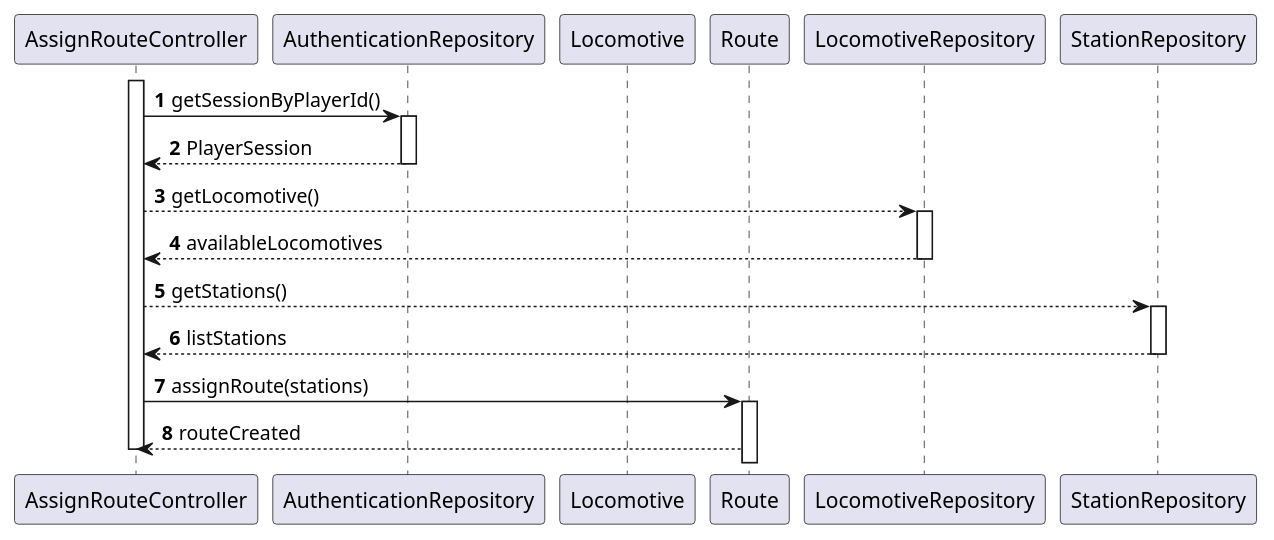
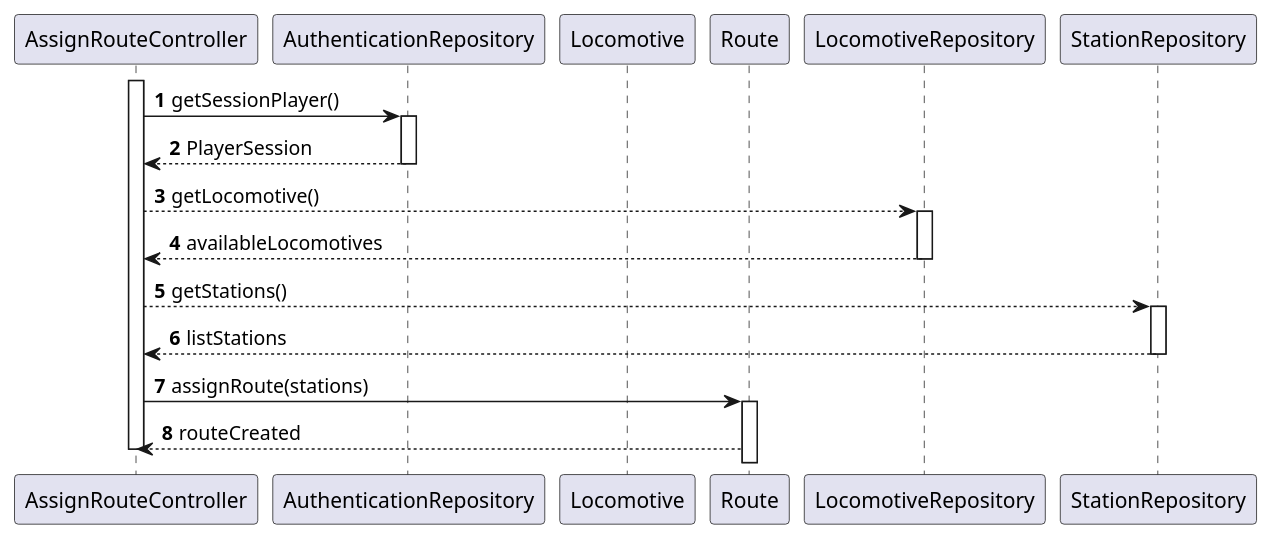
Before and after one commit to Andremonteiro1240850/railway_simulator: the diagram in docs/system-documentation/US10/03.design/puml/US010-SD-partial-confirm-route.puml, drawn with PlantUML. The commit also changed 11 other files, not shown here.

```diff
--- a/docs/system-documentation/US10/03.design/puml/US010-SD-partial-confirm-route.puml
+++ b/docs/system-documentation/US10/03.design/puml/US010-SD-partial-confirm-route.puml
@@ -1,32 +1,32 @@
 @startuml
 autonumber
 participant AssignRouteController
 activate AssignRouteController
 participant AuthenticationRepository
 
 participant Locomotive
 participant Route
 participant LocomotiveRepository
 participant StationRepository
 
-AssignRouteController -> AuthenticationRepository : getSessionByPlayerId()
+AssignRouteController -> AuthenticationRepository : getSessionPlayer()
 activate AuthenticationRepository
 AuthenticationRepository --> AssignRouteController : PlayerSession
 deactivate AuthenticationRepository
 AssignRouteController --> LocomotiveRepository: getLocomotive()
 activate LocomotiveRepository
 LocomotiveRepository--> AssignRouteController: availableLocomotives
 deactivate LocomotiveRepository
 AssignRouteController --> StationRepository: getStations()
 activate StationRepository
 StationRepository --> AssignRouteController: listStations
 deactivate StationRepository
 AssignRouteController -> Route : assignRoute(stations)
 activate Route
 Route --> AssignRouteController: routeCreated
 deactivate Locomotive
 
 
 
 deactivate AssignRouteController
 @enduml
```
